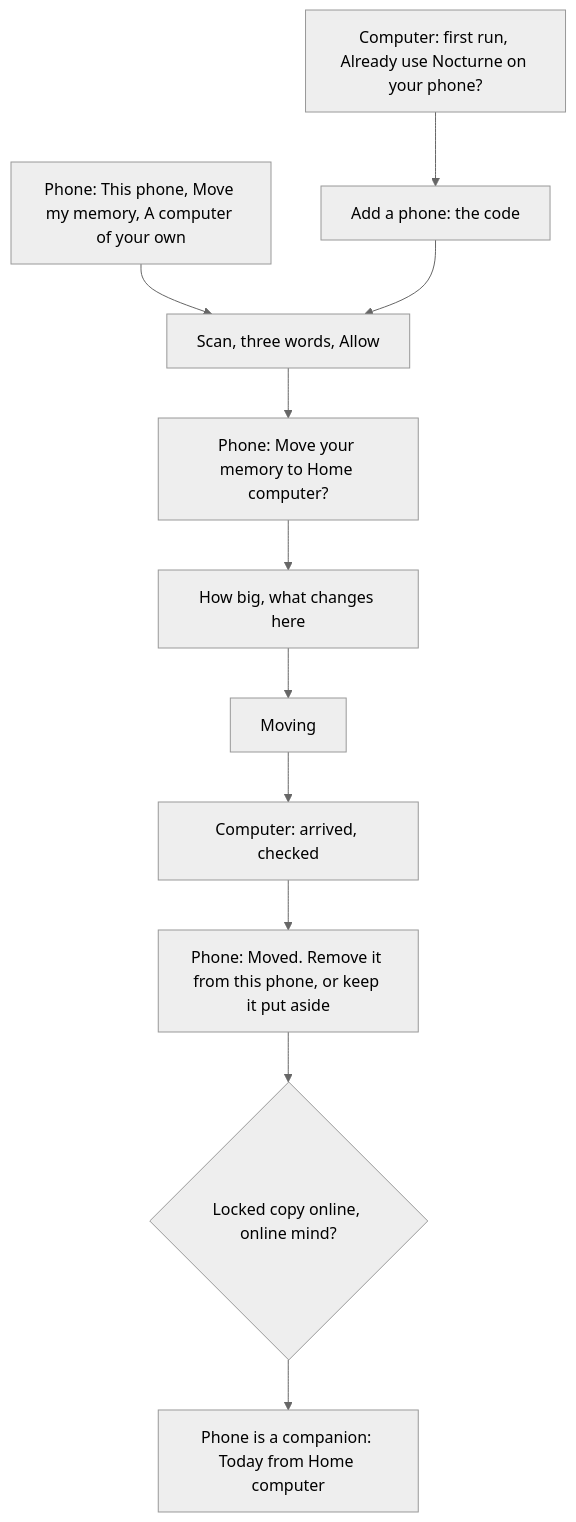
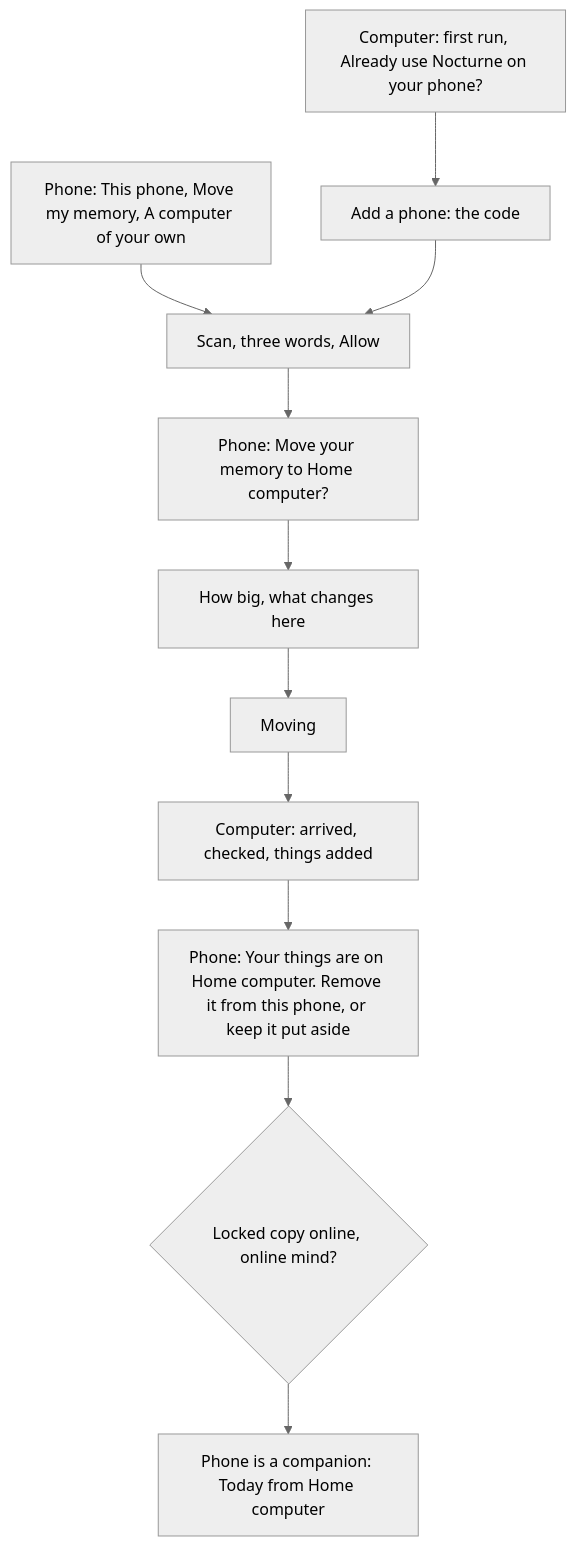
Before and after one commit to agync/nocturne: the second of 3 diagrams in docs/design/moving-memory.md, drawn with Mermaid (neutral theme). The commit also changed other lines of this file and 3 other files, not shown here.

````diff
--- a/docs/design/moving-memory.md
+++ b/docs/design/moving-memory.md
@@ -62,13 +62,13 @@
 ```mermaid
 flowchart TD
     D[Computer: first run, Already use Nocturne on your phone?] --> AP[Add a phone: the code]
     P[Phone: This phone, Move my memory, A computer of your own] --> SC[Scan, three words, Allow]
     AP --> SC
     SC --> F[Phone: Move your memory to Home computer?]
     F --> SZ[How big, what changes here]
     SZ --> MV[Moving]
-    MV --> RC[Computer: arrived, checked]
-    RC --> MD[Phone: Moved. Remove it from this phone, or keep it put aside]
+    MV --> RC[Computer: arrived, checked, things added]
+    RC --> MD[Phone: Your things are on Home computer. Remove it from this phone, or keep it put aside]
     MD --> CO{Locked copy online, online mind?}
     CO --> T[Phone is a companion: Today from Home computer]
 ```
````
